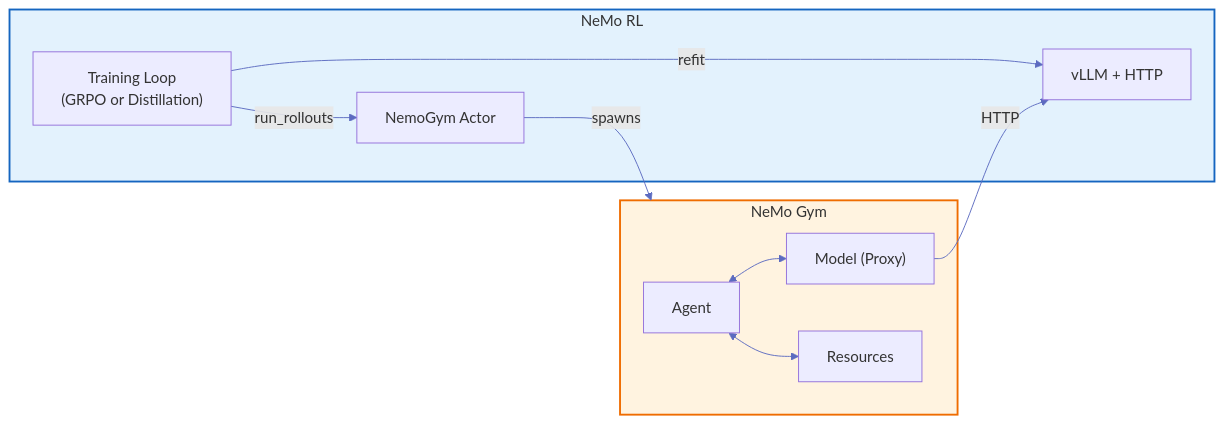
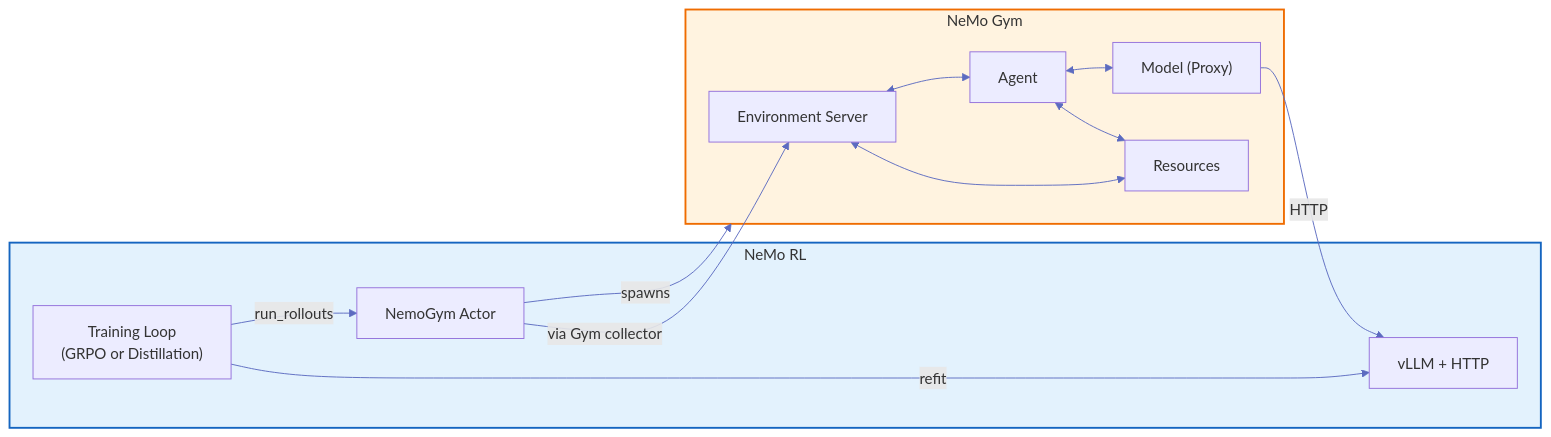
One commit to NVIDIA-NeMo/RL changed the first of 5 diagrams in docs/design-docs/nemo-gym-integration.md. Above: the diagram before and after it, drawn with Mermaid. The commit also changed other lines of this file and 8 other files, not shown here.

````diff
--- a/docs/design-docs/nemo-gym-integration.md
+++ b/docs/design-docs/nemo-gym-integration.md
@@ -134,25 +164,29 @@
 ```mermaid
 %%{init: {'theme': 'default', 'themeVariables': { 'lineColor': '#5c6bc0', 'primaryTextColor': '#333'}}}%%
 flowchart LR
     subgraph RL["NeMo RL"]
         Loop["Training Loop<br/>(GRPO or Distillation)"]
         vLLM["vLLM + HTTP"]
         Bridge["NemoGym Actor"]
     end
     
     subgraph Gym["NeMo Gym"]
+        Environment["Environment Server"]
         Agent["Agent"]
         Model["Model (Proxy)"]
         Resources["Resources"]
     end
     
     Loop -->|refit| vLLM
     Loop -->|run_rollouts| Bridge
     Bridge -->|spawns| Gym
+    Bridge -->|via Gym collector| Environment
+    Environment <--> Agent
+    Environment <--> Resources
     Agent <--> Model
     Agent <--> Resources
     Model -->|HTTP| vLLM
 
     style RL fill:#e3f2fd,stroke:#1565c0,stroke-width:2px
     style Gym fill:#fff3e0,stroke:#ef6c00,stroke-width:2px
 ```
````
